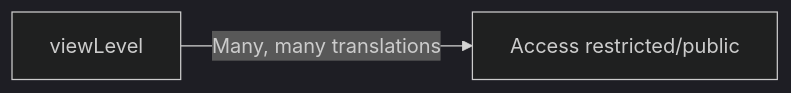
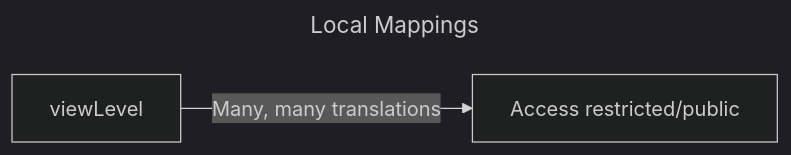
The second of 2 diagrams in docs/crosswalk.md (cca/vault_migration), drawn with Mermaid (dark theme) before and after one commit. The commit also changed other lines of this file and 2 other files, not shown here.

Commit message:
docs: trying to get mermaid charts to render in gh pages

````diff
--- a/docs/crosswalk.md
+++ b/docs/crosswalk.md
@@ -21,4 +24,7 @@
-```mermaid
+```mermaid {.}
+---
+title: Local Mappings
+---
 flowchart LR
     viewlevel[viewLevel] --> |Many, many translations| ACCESS["Access restricted/public"]
 ```
````
